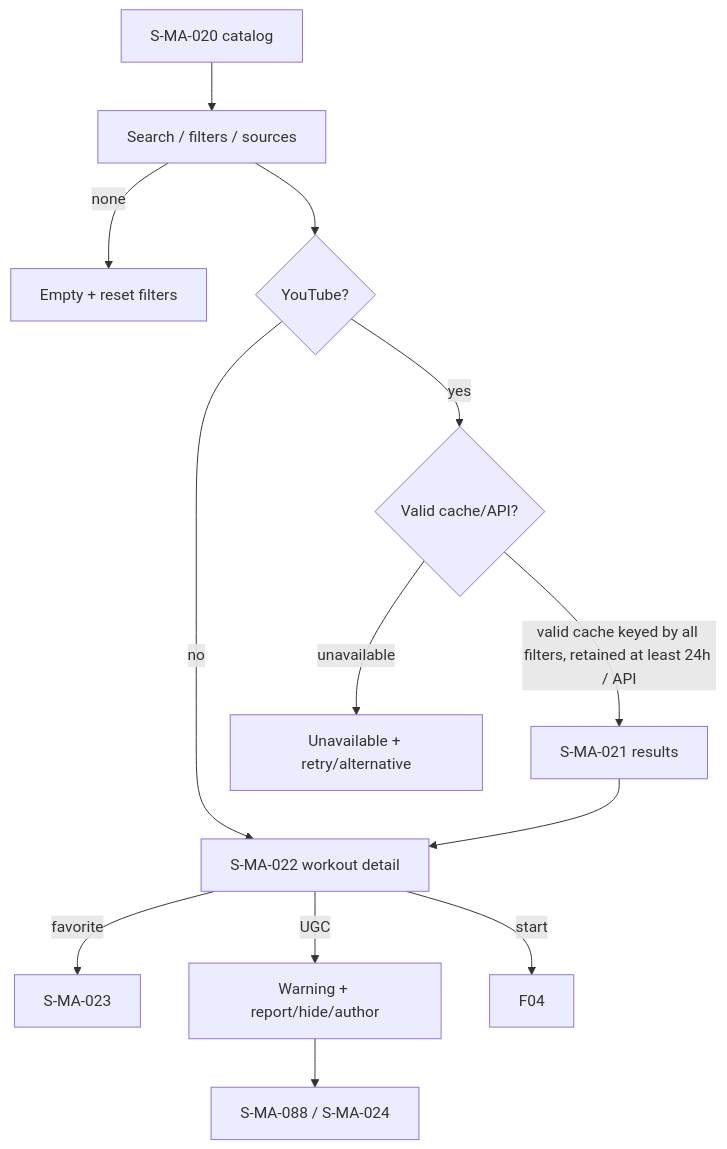
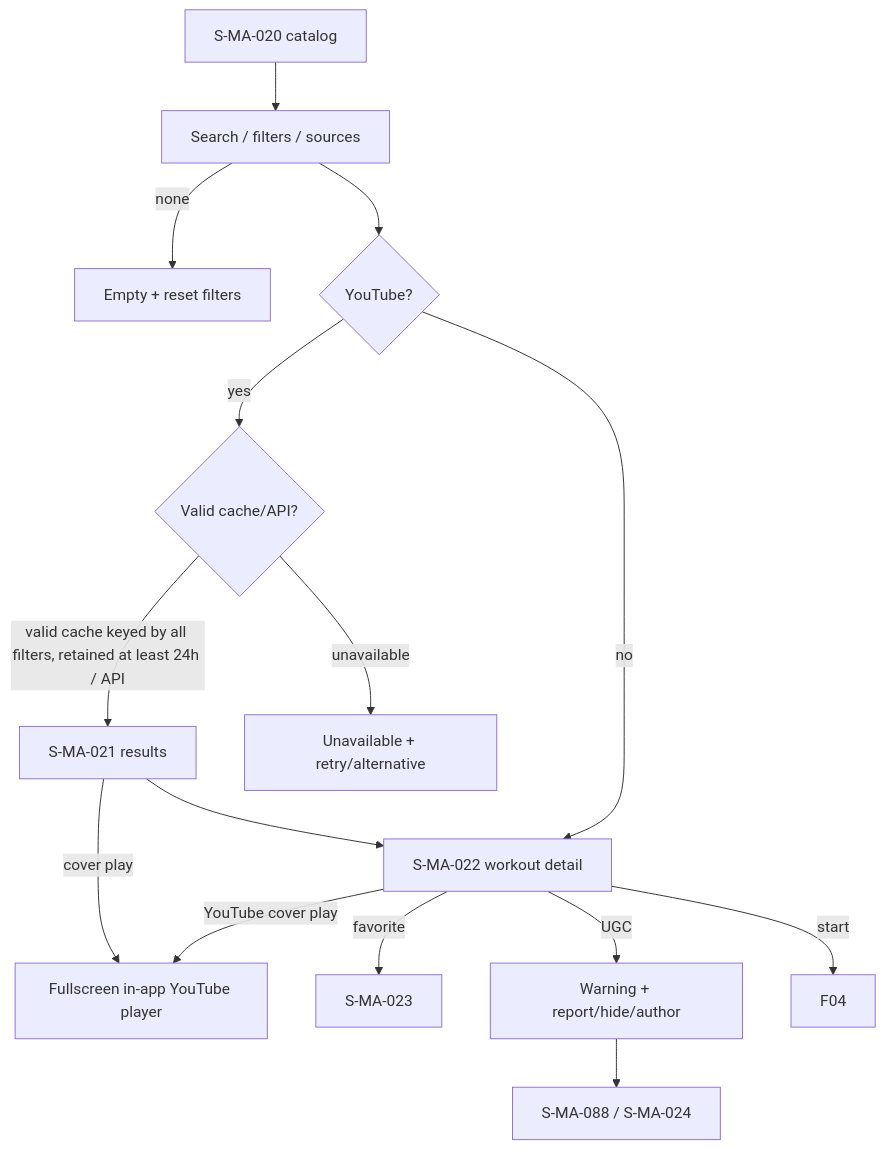
One commit to ozcnii/flowly changed the diagram in docs/design/flows/diagrams/03-yoga-discovery.md. Above: the diagram before and after it, drawn with Mermaid. The commit also changed 20 other files, not shown here.

Commit message:
feat(web): finish Konsta media flows and navigation

````diff
--- a/docs/design/flows/diagrams/03-yoga-discovery.md
+++ b/docs/design/flows/diagrams/03-yoga-discovery.md
@@ -7,15 +7,17 @@
 ```mermaid
 flowchart TD
   A[S-MA-020 catalog] --> F[Search / filters / sources]
   F -->|none| E[Empty + reset filters]
   F --> Y{YouTube?}
   Y -- yes --> C{Valid cache/API?}
   C -- valid cache keyed by all filters, retained at least 24h / API --> R[S-MA-021 results]
   C -- unavailable --> U[Unavailable + retry/alternative]
   Y -- no --> D[S-MA-022 workout detail]
+  R -->|cover play| P[Fullscreen in-app YouTube player]
   R --> D
+  D -->|YouTube cover play| P
   D -->|favorite| Q[S-MA-023]
   D -->|UGC| G[Warning + report/hide/author]
   G --> X[S-MA-088 / S-MA-024]
   D -->|start| W[F04]
 ```
````
